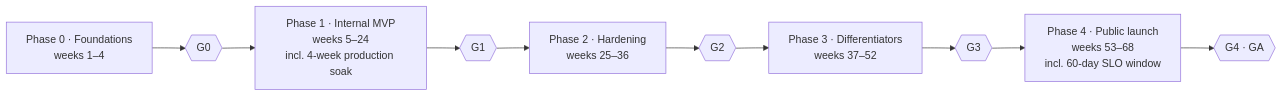
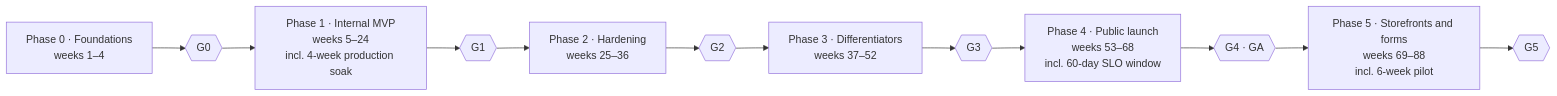
One commit to ISRAEL-DUFF/taskiem changed the diagram in docs/spec/build-plan.md. Above: the diagram before and after it, drawn with Mermaid. The commit also changed other lines of this file and 3 other files, not shown here.

First line of the commit message:
Docs: Phase 5 in the build plan, storefronts and forms

````diff
--- a/docs/spec/build-plan.md
+++ b/docs/spec/build-plan.md
@@ -9,8 +11,9 @@
 ```mermaid
 flowchart LR
   P0["Phase 0 · Foundations<br/>weeks 1–4"] --> G0{{G0}}
   G0 --> P1["Phase 1 · Internal MVP<br/>weeks 5–24<br/>incl. 4-week production soak"] --> G1{{G1}}
   G1 --> P2["Phase 2 · Hardening<br/>weeks 25–36"] --> G2{{G2}}
   G2 --> P3["Phase 3 · Differentiators<br/>weeks 37–52"] --> G3{{G3}}
   G3 --> P4["Phase 4 · Public launch<br/>weeks 53–68<br/>incl. 60-day SLO window"] --> G4{{G4 · GA}}
+  G4 --> P5["Phase 5 · Storefronts and forms<br/>weeks 69–88<br/>incl. 6-week pilot"] --> G5{{G5}}
 ```
````
